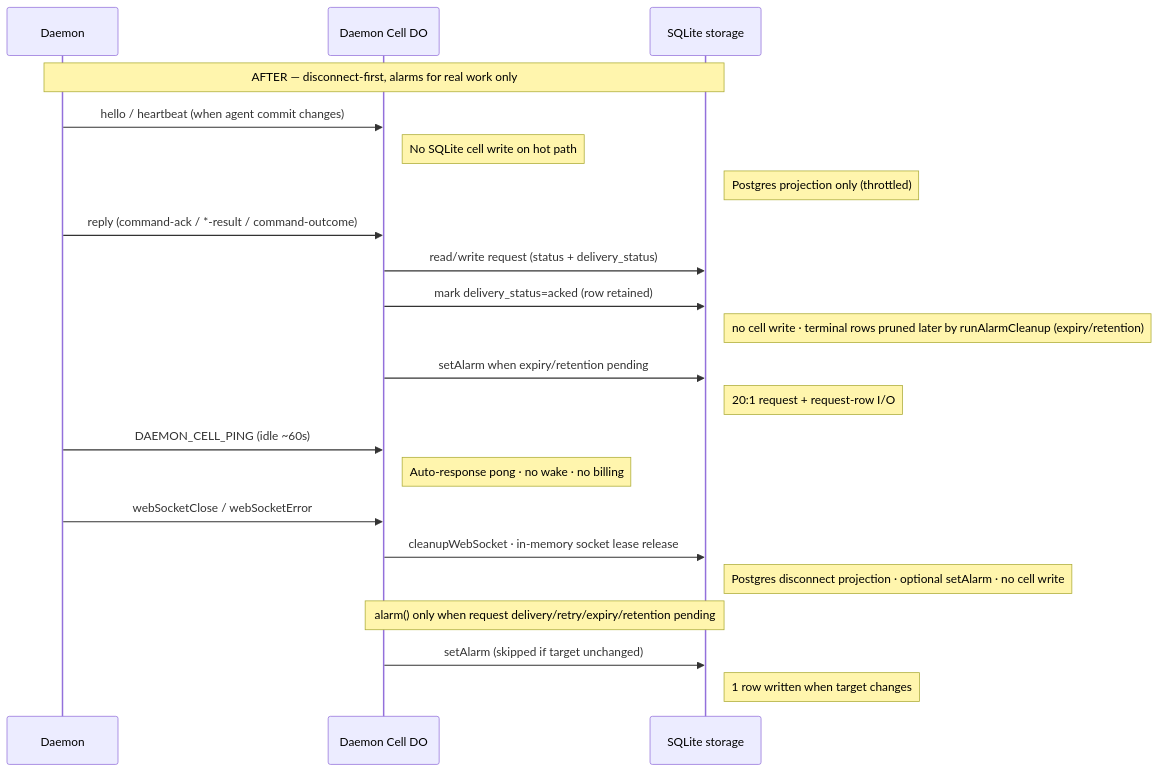
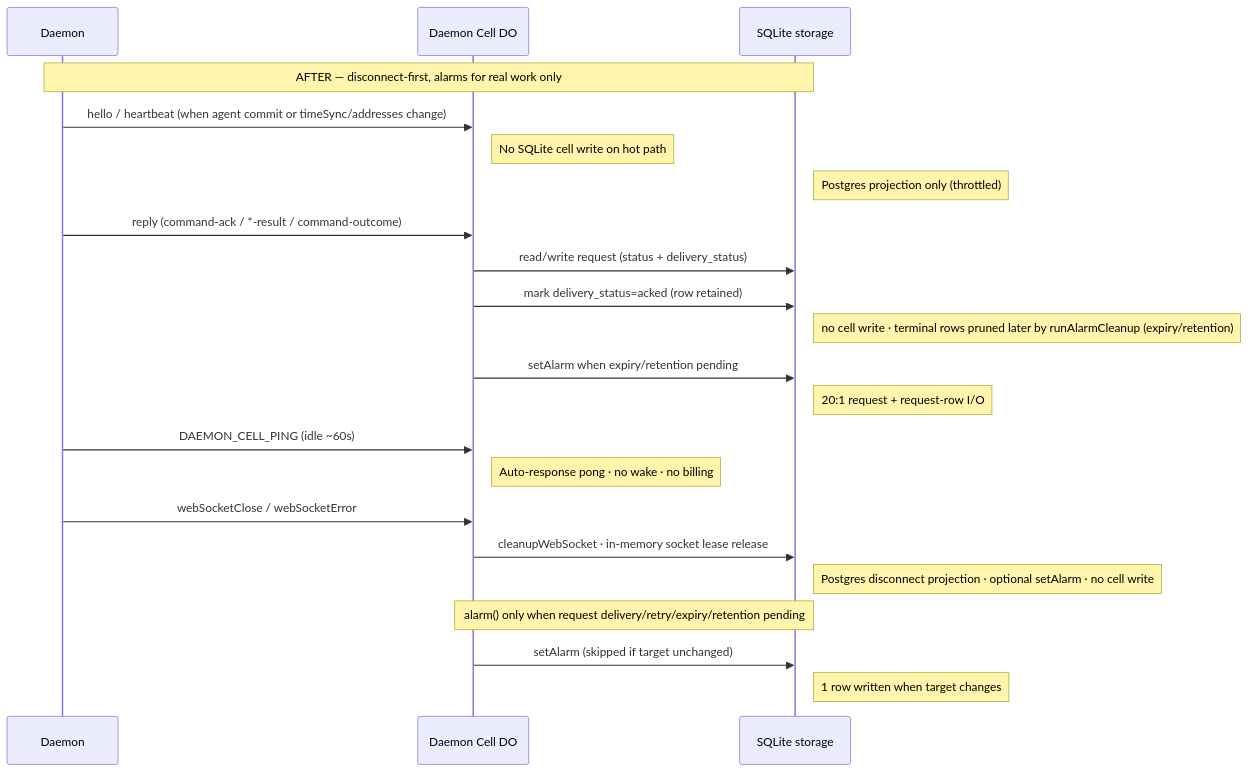
One commit to TurboPanel/website changed the third of 8 diagrams in docs/architecture/daemon-cell.mdx. Above: the diagram before and after it, drawn with Mermaid. The commit also changed other lines of this file and 28 other files, not shown here.

````diff
--- a/docs/architecture/daemon-cell.mdx
+++ b/docs/architecture/daemon-cell.mdx
@@ -207,30 +209,30 @@
 ```mermaid
 sequenceDiagram
     participant Daemon
     participant DO as Daemon Cell DO
     participant Storage as SQLite storage
 
     Note over Daemon,Storage: AFTER — disconnect-first, alarms for real work only
 
-    Daemon->>DO: hello / heartbeat (when agent commit changes)
+    Daemon->>DO: hello / heartbeat (when agent commit or timeSync/addresses change)
     Note right of DO: No SQLite cell write on hot path
     Note right of Storage: Postgres projection only (throttled)
 
     Daemon->>DO: reply (command-ack / *-result / command-outcome)
     DO->>Storage: read/write request (status + delivery_status)
     DO->>Storage: mark delivery_status=acked (row retained)
     Note right of Storage: no cell write · terminal rows pruned later by runAlarmCleanup (expiry/retention)
     DO->>Storage: setAlarm when expiry/retention pending
     Note right of Storage: 20:1 request + request-row I/O
 
     Daemon->>DO: DAEMON_CELL_PING (idle ~60s)
     Note right of DO: Auto-response pong · no wake · no billing
 
     Daemon->>DO: webSocketClose / webSocketError
     DO->>Storage: cleanupWebSocket · in-memory socket lease release
     Note right of Storage: Postgres disconnect projection · optional setAlarm · no cell write
 
     Note over DO,Storage: alarm() only when request delivery/retry/expiry/retention pending
     DO->>Storage: setAlarm (skipped if target unchanged)
     Note right of Storage: 1 row written when target changes
 ```
````
